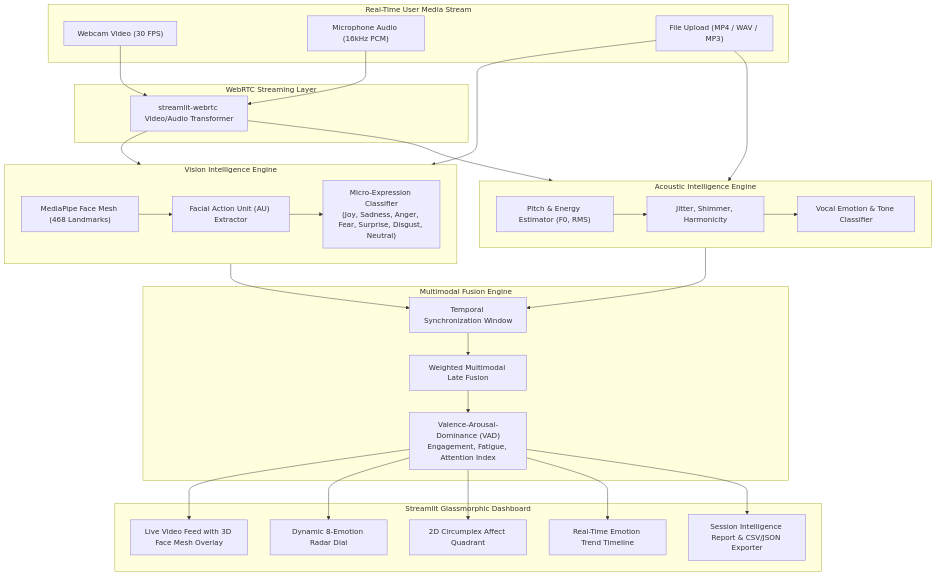
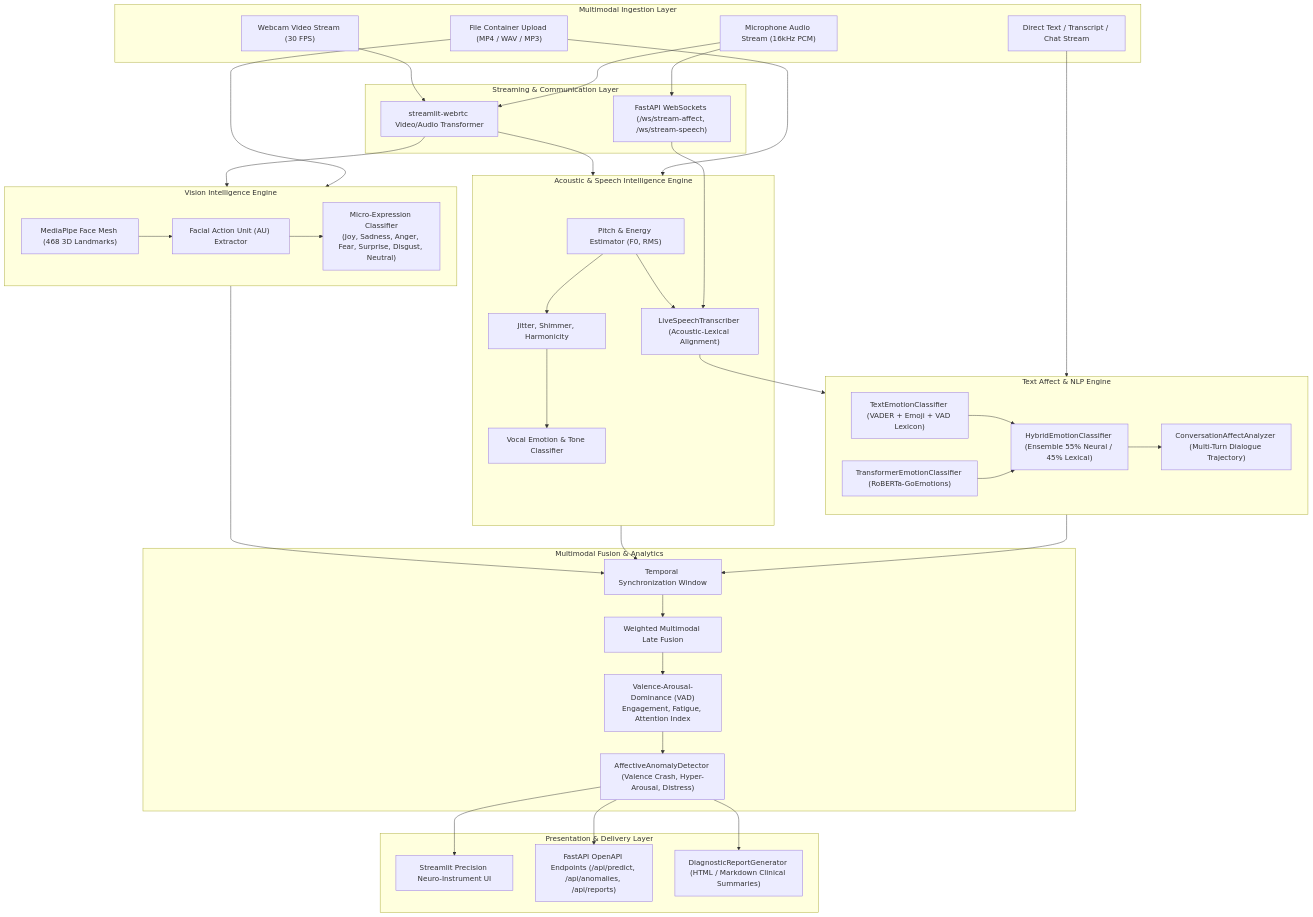
One commit to AadityaBhuree/EmotionSense changed the diagram in memory.md. Above: the diagram before and after it, drawn with Mermaid. The commit also changed other lines of this file, not shown here.

Commit message:
docs(architecture): update system memory to document Sprint 2, text NLP, speech transcriber, and FastAPI endpoints

````diff
--- a/memory.md
+++ b/memory.md
@@ -44,58 +50,62 @@
 ```mermaid
 flowchart TB
-    subgraph Client["Real-Time User Media Stream"]
-        Cam["Webcam Video (30 FPS)"]
-        Mic["Microphone Audio (16kHz PCM)"]
-        Upload["File Upload (MP4 / WAV / MP3)"]
+    subgraph Ingestion["Multimodal Ingestion Layer"]
+        Cam["Webcam Video Stream (30 FPS)"]
+        Mic["Microphone Audio Stream (16kHz PCM)"]
+        Upload["File Container Upload (MP4 / WAV / MP3)"]
+        TextIn["Direct Text / Transcript / Chat Stream"]
     end
 
-    subgraph StreamLayer["WebRTC Streaming Layer"]
+    subgraph Streaming["Streaming & Communication Layer"]
         WebRTC["streamlit-webrtc Video/Audio Transformer"]
+        FastAPI_WS["FastAPI WebSockets (/ws/stream-affect, /ws/stream-speech)"]
     end
 
     subgraph VisionEngine["Vision Intelligence Engine"]
-        FaceMesh["MediaPipe Face Mesh (468 Landmarks)"]
+        FaceMesh["MediaPipe Face Mesh (468 3D Landmarks)"]
         AUDetector["Facial Action Unit (AU) Extractor"]
         VisionEmotion["Micro-Expression Classifier\n(Joy, Sadness, Anger, Fear, Surprise, Disgust, Neutral)"]
-        
         FaceMesh --> AUDetector --> VisionEmotion
     end
 
-    subgraph AudioEngine["Acoustic Intelligence Engine"]
+    subgraph AudioEngine["Acoustic & Speech Intelligence Engine"]
         Prosody["Pitch & Energy Estimator (F0, RMS)"]
         AcousticFeatures["Jitter, Shimmer, Harmonicity"]
         VocalTone["Vocal Emotion & Tone Classifier"]
-        
+        SpeechTranscriber["LiveSpeechTranscriber (Acoustic-Lexical Alignment)"]
         Prosody --> AcousticFeatures --> VocalTone
+        Prosody --> SpeechTranscriber
     end
 
-    subgraph FusionEngine["Multimodal Fusion Engine"]
+    subgraph TextEngine["Text Affect & NLP Engine"]
+        Lexical["TextEmotionClassifier (VADER + Emoji + VAD Lexicon)"]
+        Transformer["TransformerEmotionClassifier (RoBERTa-GoEmotions)"]
+        Hybrid["HybridEmotionClassifier (Ensemble 55% Neural / 45% Lexical)"]
+        Trajectory["ConversationAffectAnalyzer (Multi-Turn Dialogue Trajectory)"]
+        Lexical --> Hybrid
+        Transformer --> Hybrid
+        Hybrid --> Trajectory
+    end
+
+    subgraph FusionEngine["Multimodal Fusion & Analytics"]
         TemporalAlign["Temporal Synchronization Window"]
         LateFusion["Weighted Multimodal Late Fusion"]
         AffectMetrics["Valence-Arousal-Dominance (VAD)\nEngagement, Fatigue, Attention Index"]
-        
-        TemporalAlign --> LateFusion --> AffectMetrics
+        Sentinel["AffectiveAnomalyDetector (Valence Crash, Hyper-Arousal, Distress)"]
+        TemporalAlign --> LateFusion --> AffectMetrics --> Sentinel
     end
 
-    subgraph UIComponents["Streamlit Glassmorphic Dashboard"]
-        LiveOverlay["Live Video Feed with 3D Face Mesh Overlay"]
-        RadarChart["Dynamic 8-Emotion Radar Dial"]
-        VADPlot["2D Circumplex Affect Quadrant"]
-        Timeline["Real-Time Emotion Trend Timeline"]
-        ReportGen["Session Intelligence Report & CSV/JSON Exporter"]
+    subgraph Interfaces["Presentation & Delivery Layer"]
+        StreamlitUI["Streamlit Precision Neuro-Instrument UI"]
+        FastAPI_REST["FastAPI OpenAPI Endpoints (/api/predict, /api/anomalies, /api/reports)"]
+        ReportExporter["DiagnosticReportGenerator (HTML / Markdown Clinical Summaries)"]
     end
 
-    Cam --> WebRTC
-    Mic --> WebRTC
-    Upload --> VisionEngine
-    Upload --> AudioEngine
-    WebRTC --> VisionEngine
-    WebRTC --> AudioEngine
-    VisionEngine --> TemporalAlign
-    AudioEngine --> TemporalAlign
-    AffectMetrics --> LiveOverlay
-    AffectMetrics --> RadarChart
-    AffectMetrics --> VADPlot
-    AffectMetrics --> Timeline
-    AffectMetrics --> ReportGen
+    Cam --> WebRTC --> VisionEngine --> TemporalAlign
+    Mic --> WebRTC --> AudioEngine --> TemporalAlign
+    Mic --> FastAPI_WS --> SpeechTranscriber
+    Upload --> VisionEngine & AudioEngine
+    TextIn --> TextEngine --> TemporalAlign
+    SpeechTranscriber --> TextEngine
+    Sentinel --> StreamlitUI & FastAPI_REST & ReportExporter
 ```
````
